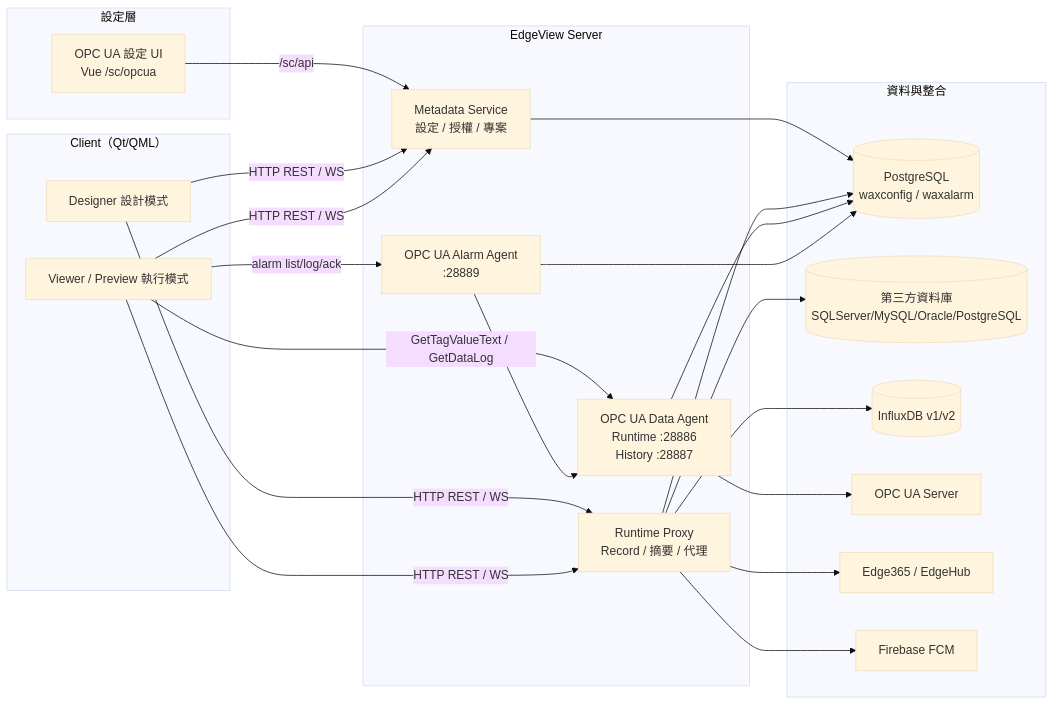
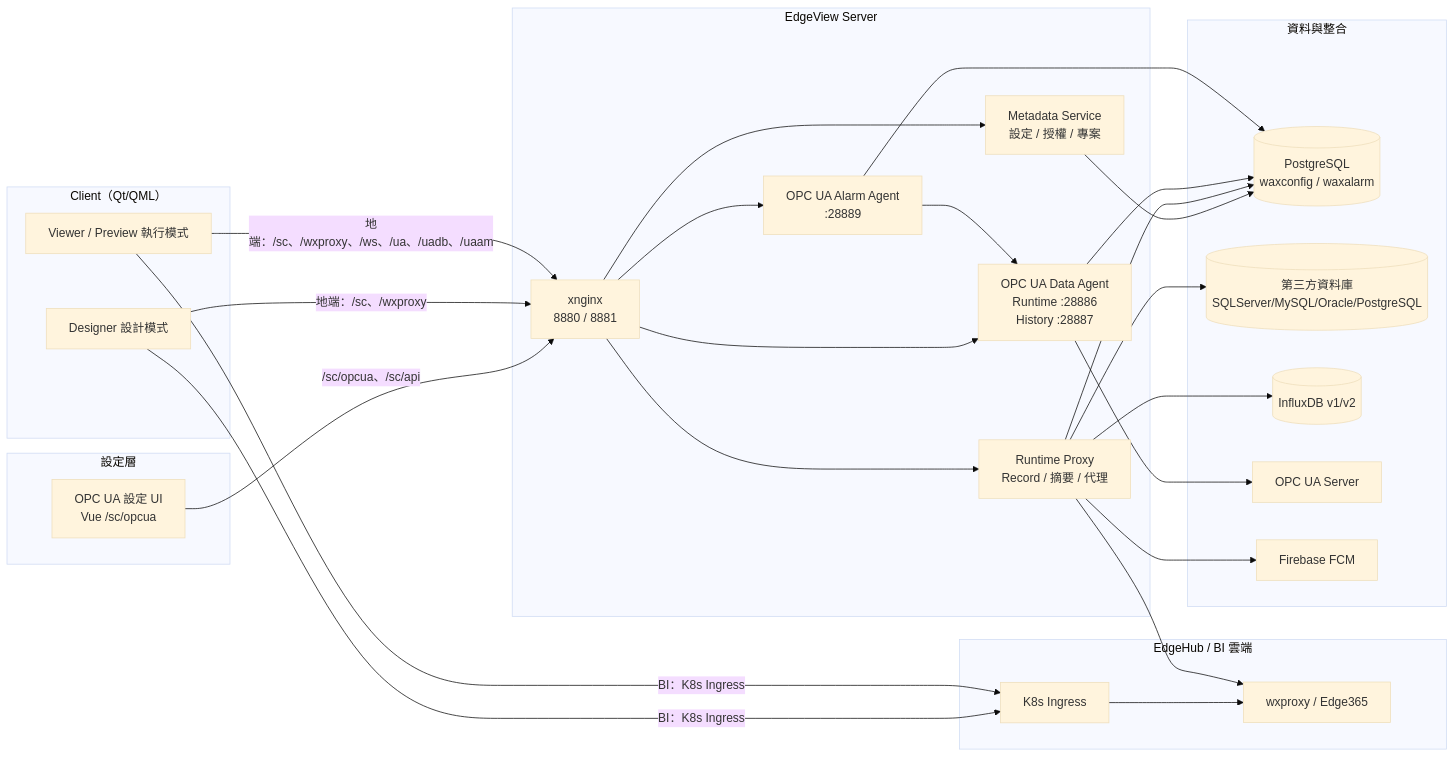
The diagram in README.md (PochengChen-del/EdgeViewDoc), drawn with Mermaid (base theme) before and after one commit. The commit also changed other lines of this file and 19 other files, not shown here.

Commit message:
完成 SDS 架構調整，將「地端 xnginx」與「EdgeHub/BI K8s Ingress」明確分流

````diff
--- a/README.md
+++ b/README.md
@@ -43,42 +45,49 @@
 ```mermaid
 flowchart LR
     subgraph Client["Client（Qt/QML）"]
         D[Designer 設計模式]
         V[Viewer / Preview 執行模式]
     end
     subgraph Backend["EdgeView Server"]
+        NG[xnginx<br/>8880 / 8881]
         M[Metadata Service<br/>設定 / 授權 / 專案]
         R[Runtime Proxy<br/>Record / 摘要 / 代理]
         A[OPC UA Data Agent<br/>Runtime :28886<br/>History :28887]
         L[OPC UA Alarm Agent<br/>:28889]
+    end
+    subgraph Cloud["EdgeHub / BI 雲端"]
+        ING[K8s Ingress]
+        EH[wxproxy / Edge365]
     end
     subgraph UI["設定層"]
         U[OPC UA 設定 UI<br/>Vue /sc/opcua]
     end
     subgraph Data["資料與整合"]
         PG[(PostgreSQL<br/>waxconfig / waxalarm)]
         DB[(第三方資料庫<br/>SQLServer/MySQL/Oracle/PostgreSQL)]
         TS[(InfluxDB v1/v2)]
         OPC[OPC UA Server]
-        EH[Edge365 / EdgeHub]
         FCM[Firebase FCM]
     end
 
-    U -->|/sc/api| M
-    D -->|HTTP REST / WS| M
-    V -->|HTTP REST / WS| M
-    D -->|HTTP REST / WS| R
-    V -->|HTTP REST / WS| R
-    V -->|GetTagValueText / GetDataLog| A
-    V -->|alarm list/log/ack| L
+    U -->|/sc/opcua、/sc/api| NG
+    D -->|地端：/sc、/wxproxy| NG
+    V -->|地端：/sc、/wxproxy、/ws、/ua、/uadb、/uaam| NG
+    D -->|BI：K8s Ingress| ING
+    V -->|BI：K8s Ingress| ING
+    ING --> EH
+    NG --> M
+    NG --> R
+    NG --> A
+    NG --> L
     M --> PG
     R --> PG
     R --> DB
     R --> TS
     R --> EH
     R --> FCM
     A --> PG
     A --> OPC
     L --> PG
     L --> A
 ```
````
